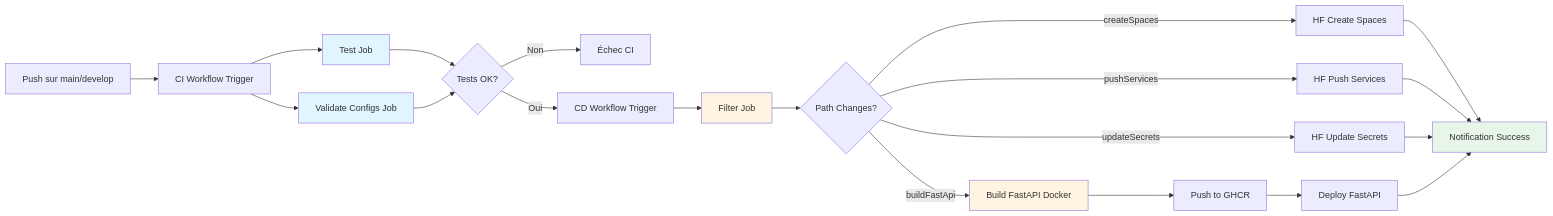
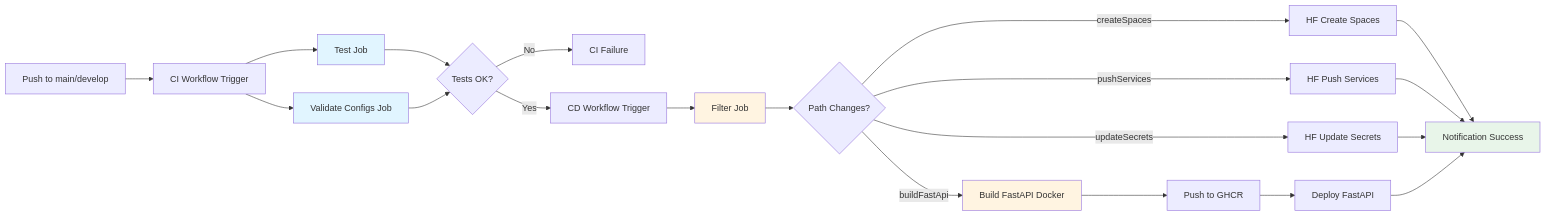
One commit to jinsudai/jinsudai changed the first of 2 diagrams in Services/docsify/docs/cicd.md. Above: the diagram before and after it, drawn with Mermaid. The commit also changed other lines of this file and 3 other files, not shown here.

````diff
--- a/Services/docsify/docs/cicd.md
+++ b/Services/docsify/docs/cicd.md
@@ -9,28 +9,28 @@
 ```mermaid
 graph LR
-    A[Push sur main/develop] --> B[CI Workflow Trigger]
+    A[Push to main/develop] --> B[CI Workflow Trigger]
     B --> C[Test Job]
     B --> D[Validate Configs Job]
     C --> E{Tests OK?}
     D --> E
-    E -->|Non| F[Échec CI]
-    E -->|Oui| G[CD Workflow Trigger]
+    E -->|No| F[CI Failure]
+    E -->|Yes| G[CD Workflow Trigger]
     G --> H[Filter Job]
     H --> I{Path Changes?}
     I -->|createSpaces| J[HF Create Spaces]
     I -->|pushServices| K[HF Push Services]
     I -->|updateSecrets| L[HF Update Secrets]
     I -->|buildFastApi| M[Build FastAPI Docker]
     M --> N[Push to GHCR]
     N --> O[Deploy FastAPI]
     J --> P[Notification Success]
     K --> P
     L --> P
     O --> P
 
     style C fill:#e1f5ff
     style D fill:#e1f5ff
     style H fill:#fff4e1
     style M fill:#fff4e1
     style P fill:#e8f5e9
 ```
````
